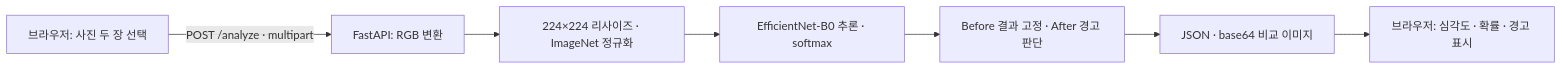
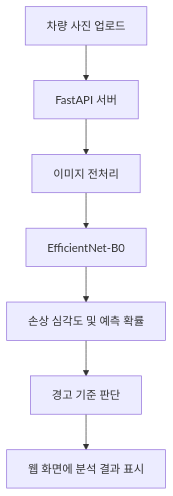
Before and after one commit to rkdwltn1211/vehicle-damage-detection: the first of 2 diagrams in README.md, drawn with Mermaid. The commit also changed other lines of this file, not shown here.

````diff
--- a/README.md
+++ b/README.md
@@ -40,9 +66,9 @@
 ```mermaid
-flowchart LR
-    A[브라우저: 사진 두 장 선택] -->|POST /analyze · multipart| B[FastAPI: RGB 변환]
-    B --> C[224×224 리사이즈 · ImageNet 정규화]
-    C --> D[EfficientNet-B0 추론 · softmax]
-    D --> E[Before 결과 고정 · After 경고 판단]
-    E --> F[JSON · base64 비교 이미지]
-    F --> G[브라우저: 심각도 · 확률 · 경고 표시]
+flowchart TD
+    A["차량 사진 업로드"] --> B["FastAPI 서버"]
+    B --> C["이미지 전처리"]
+    C --> D["EfficientNet-B0"]
+    D --> E["손상 심각도 및 예측 확률"]
+    E --> F["경고 기준 판단"]
+    F --> G["웹 화면에 분석 결과 표시"]
 ```
````
